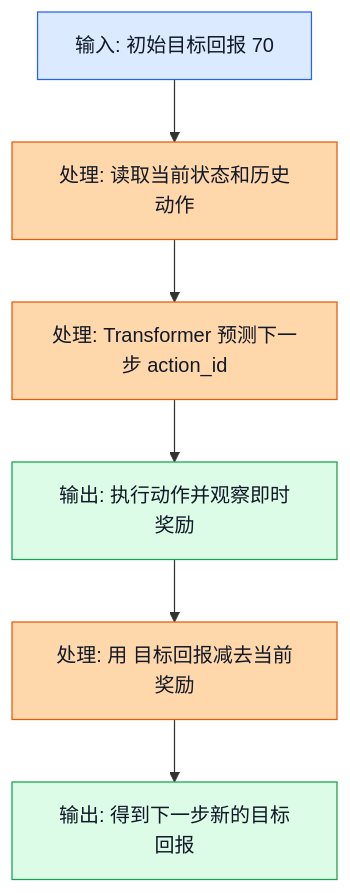
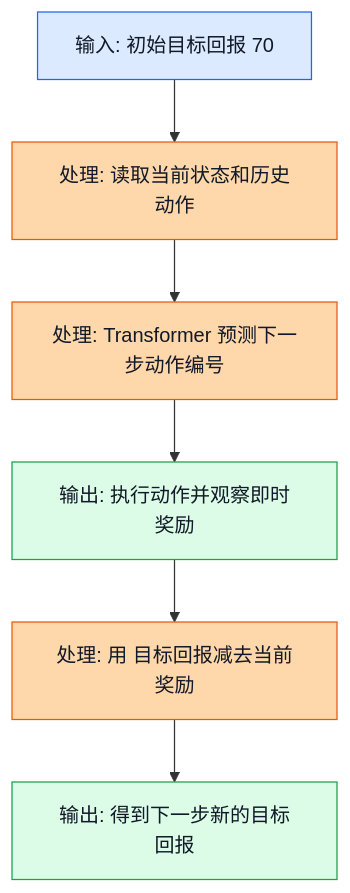
Before and after one commit to Mrphase/RL-Doc: the second of 4 diagrams in learn/17_Decision_Transformer.md, drawn with Mermaid. The commit also changed other lines of this file and 14 other files, not shown here.

First line of the commit message:
fix: clean mermaid labels in learn docs

````diff
--- a/learn/17_Decision_Transformer.md
+++ b/learn/17_Decision_Transformer.md
@@ -323,16 +323,16 @@
 ```mermaid
 flowchart TD
     A["输入: 初始目标回报 70"] --> B["处理: 读取当前状态和历史动作"]
-    B --> C["处理: Transformer 预测下一步 action_id"]
+    B --> C["处理: Transformer 预测下一步动作编号"]
     C --> D["输出: 执行动作并观察即时奖励"]
     D --> E["处理: 用 目标回报减去当前奖励"]
     E --> F["输出: 得到下一步新的目标回报"]
 
     classDef input fill:#dbeafe,stroke:#2563eb,color:#111827;
     classDef process fill:#fed7aa,stroke:#ea580c,color:#111827;
     classDef output fill:#dcfce7,stroke:#16a34a,color:#111827;
 
     class A input;
     class B,C,E process;
     class D,F output;
 ```
````
